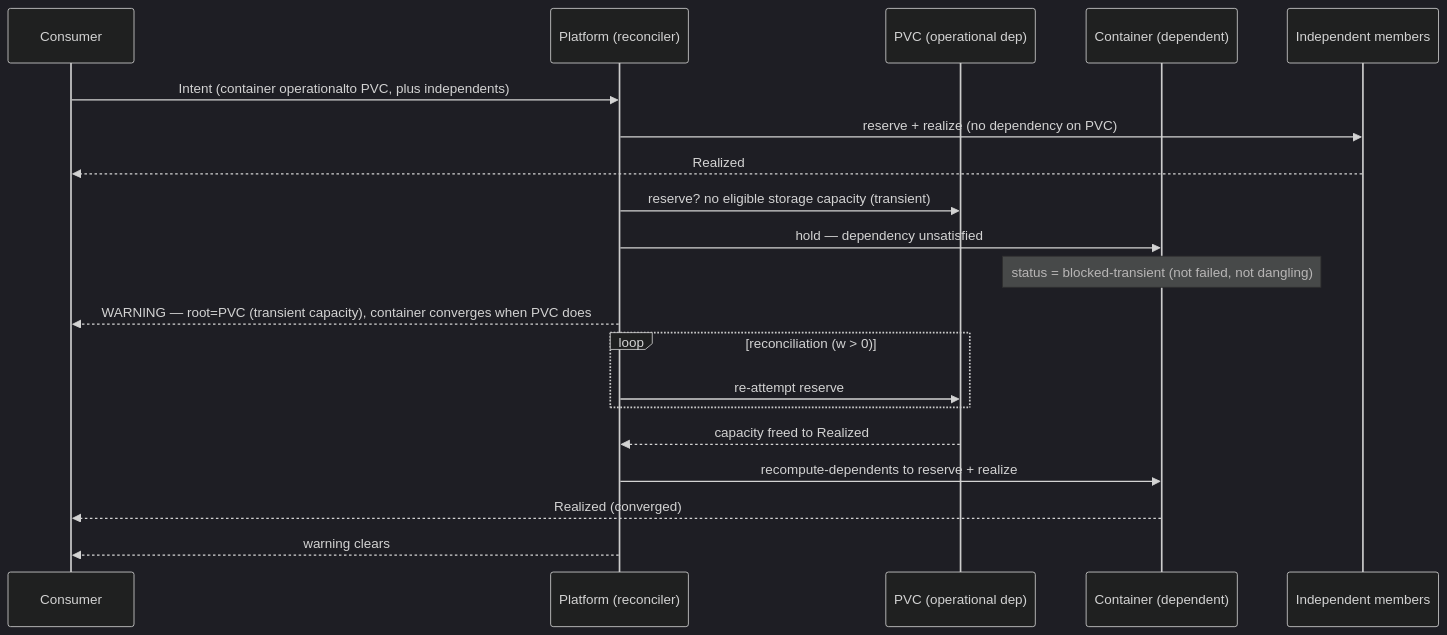
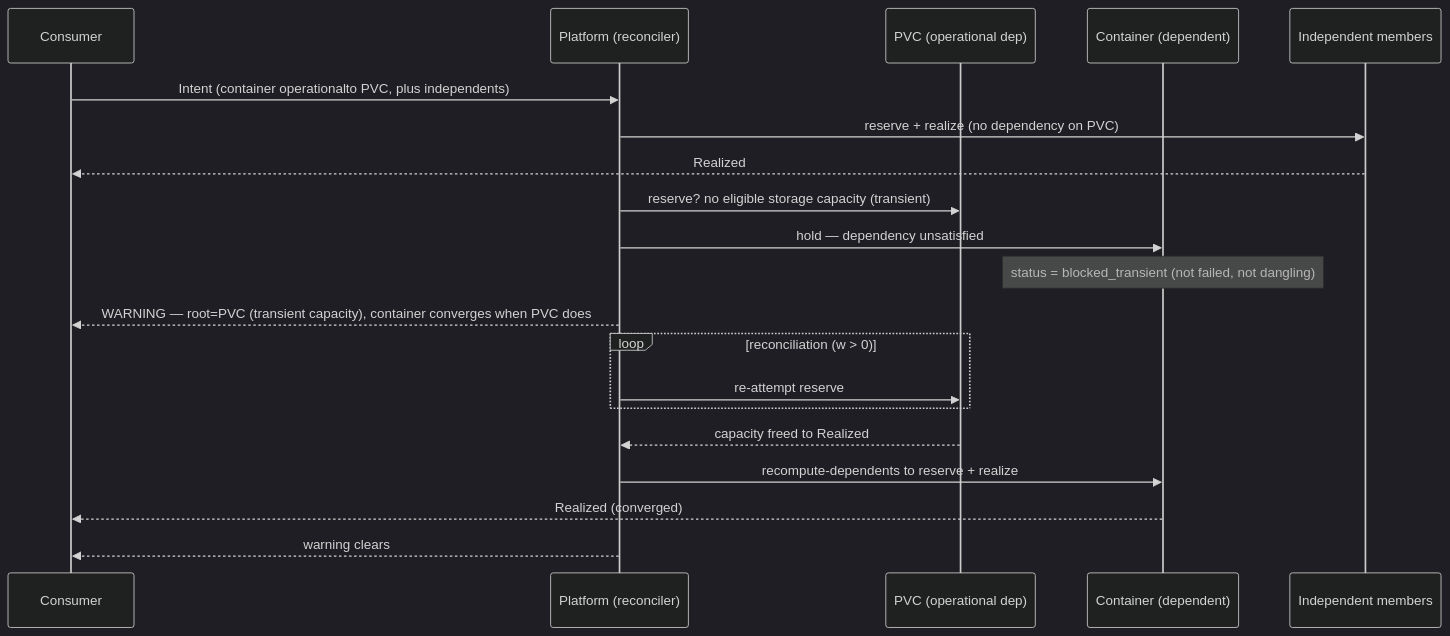
The diagram in docs/flows/intent-fulfillment-operational-dependency-cascade.md (croadfeldt/udlm), drawn with Mermaid (dark theme) before and after one commit. The commit also changed other lines of this file and 204 other files, not shown here.

First line of the commit message:
Record-schema values to snake_case (#657, row 120)

````diff
--- a/docs/flows/intent-fulfillment-operational-dependency-cascade.md
+++ b/docs/flows/intent-fulfillment-operational-dependency-cascade.md
@@ -27,22 +27,22 @@
 ```mermaid
 sequenceDiagram
     participant C as Consumer
     participant P as Platform (reconciler)
     participant PVC as PVC (operational dep)
     participant Ct as Container (dependent)
     participant Ind as Independent members
     C->>P: Intent (container operationalto PVC, plus independents)
     P->>Ind: reserve + realize (no dependency on PVC)
     Ind-->>C: Realized
     P->>PVC: reserve? no eligible storage capacity (transient)
     P->>Ct: hold — dependency unsatisfied
-    Note over Ct: status = blocked-transient (not failed, not dangling)
+    Note over Ct: status = blocked_transient (not failed, not dangling)
     P-->>C: WARNING — root=PVC (transient capacity), container converges when PVC does
     loop reconciliation (w > 0)
         P->>PVC: re-attempt reserve
     end
     PVC-->>P: capacity freed to Realized
     P->>Ct: recompute-dependents to reserve + realize
     Ct-->>C: Realized (converged)
     P-->>C: warning clears
 ```
````
